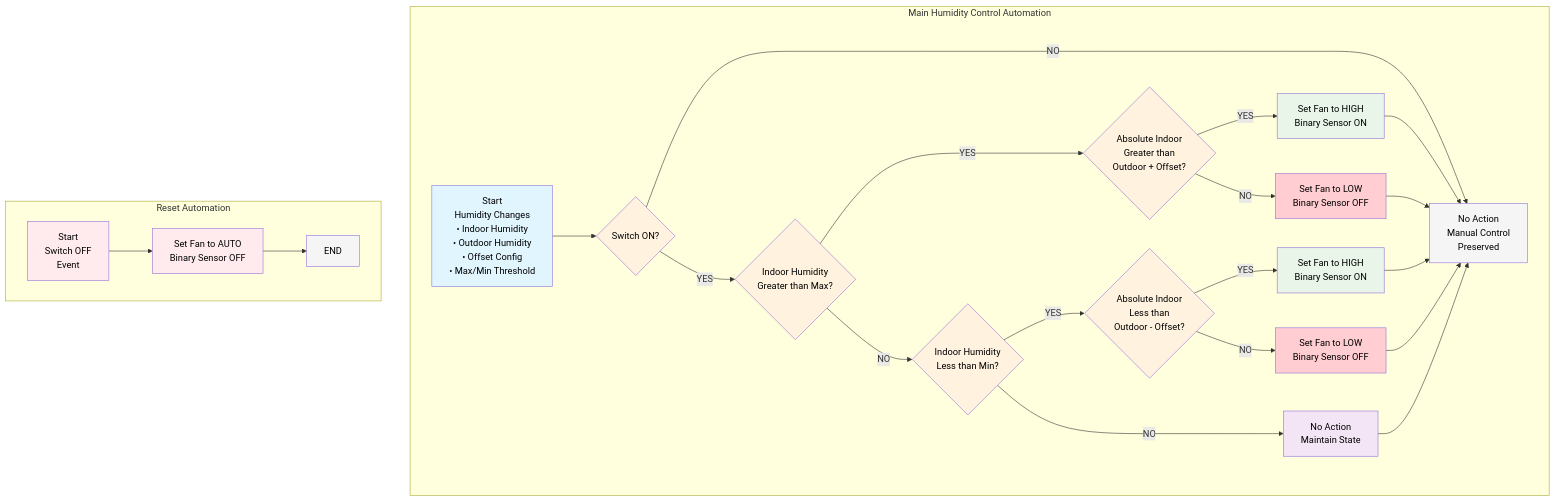
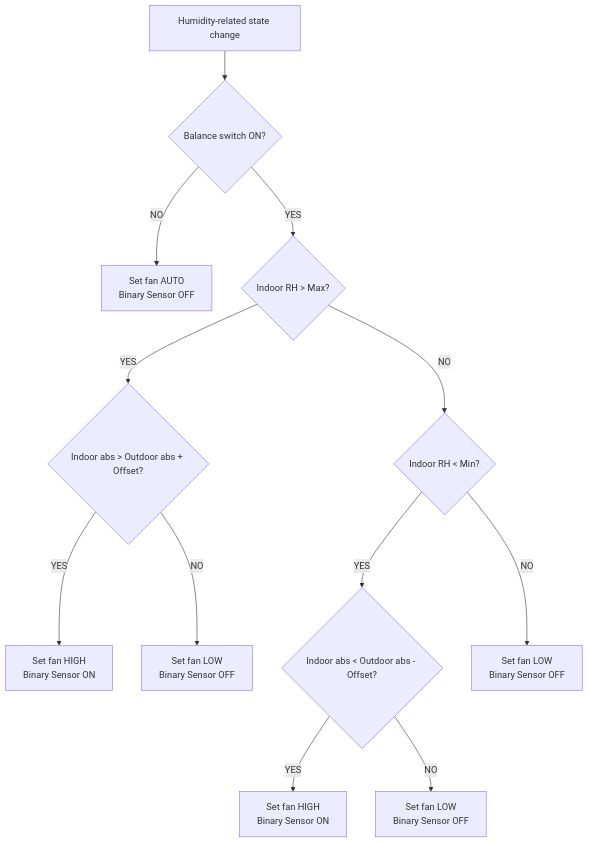
Before and after one commit to wimpie70/ramses_extras: the diagram in custom_components/ramses_extras/features/humidity_control/docs/Humidity Control Decision Flow Diagram - original.md, drawn with Mermaid. The commit also changed other lines of this file and 12 other files, not shown here.

Commit message:
fix duplicate command being sent simplify automation logic simplify listeners dehumidify -> balance change icon to droplet change text and icon in status

````diff
--- a/custom_components/ramses_extras/features/humidity_control/docs/Humidity Control Decision Flow Diagram - original.md
+++ b/custom_components/ramses_extras/features/humidity_control/docs/Humidity Control Decision Flow Diagram - original.md
@@ -7,48 +23,14 @@
 ```mermaid
 flowchart TD
-    subgraph Main Humidity Control Automation
-        START1[Start<br/>Humidity Changes<br/>• Indoor Humidity<br/>• Outdoor Humidity<br/>• Offset Config<br/>• Max/Min Threshold] --> COND1{Switch ON?}
-
-        COND1 -->|NO| END1[No Action<br/>Manual Control<br/>Preserved]
-        COND1 -->|YES| D1{Indoor Humidity<br/>Greater than Max?}
-
-        D1 -->|YES| I1{Absolute Indoor<br/>Greater than<br/>Outdoor + Offset?}
-        D1 -->|NO| F1{Indoor Humidity<br/>Less than Min?}
-
-        I1 -->|YES| E1[Set Fan to HIGH<br/>Binary Sensor ON]
-        I1 -->|NO| J1[Set Fan to LOW<br/>Binary Sensor OFF]
-
-        F1 -->|YES| K1{Absolute Indoor<br/>Less than<br/>Outdoor - Offset?}
-        F1 -->|NO| H1[No Action<br/>Maintain State]
-
-        K1 -->|YES| G1[Set Fan to HIGH<br/>Binary Sensor ON]
-        K1 -->|NO| L1[Set Fan to LOW<br/>Binary Sensor OFF]
-
-        E1 --> END1
-        J1 --> END1
-        G1 --> END1
-        L1 --> END1
-        H1 --> END1
-    end
-
-    subgraph Reset Automation
-        START2[Start<br/>Switch OFF<br/>Event] --> ACTION2[Set Fan to AUTO<br/>Binary Sensor OFF]
-        ACTION2 --> END2[END]
-    end
-
-    style START1 fill:#e1f5fe,color:#000000
-    style COND1 fill:#fff3e0,color:#000000
-    style D1 fill:#fff3e0,color:#000000
-    style I1 fill:#fff3e0,color:#000000
-    style F1 fill:#fff3e0,color:#000000
-    style K1 fill:#fff3e0,color:#000000
-    style E1 fill:#e8f5e8,color:#000000
-    style J1 fill:#ffcdd2,color:#000000
-    style G1 fill:#e8f5e8,color:#000000
-    style L1 fill:#ffcdd2,color:#000000
-    style H1 fill:#f3e5f5,color:#000000
-    style END1 fill:#f5f5f5,color:#000000
-    style START2 fill:#ffebee,color:#000000
-    style ACTION2 fill:#ffebee,color:#000000
-    style END2 fill:#f5f5f5,color:#000000
+    START[Humidity-related state change] --> GATE{Balance switch ON?}
+    GATE -->|NO| OFF[Set fan AUTO<br/>Binary Sensor OFF]
+    GATE -->|YES| RHMAX{Indoor RH > Max?}
+    RHMAX -->|YES| DRYER{Indoor abs > Outdoor abs + Offset?}
+    RHMAX -->|NO| RHMIN{Indoor RH < Min?}
+    DRYER -->|YES| HIGH1[Set fan HIGH<br/>Binary Sensor ON]
+    DRYER -->|NO| LOW1[Set fan LOW<br/>Binary Sensor OFF]
+    RHMIN -->|YES| WETTER{Indoor abs < Outdoor abs - Offset?}
+    RHMIN -->|NO| LOW2[Set fan LOW<br/>Binary Sensor OFF]
+    WETTER -->|YES| HIGH2[Set fan HIGH<br/>Binary Sensor ON]
+    WETTER -->|NO| LOW3[Set fan LOW<br/>Binary Sensor OFF]
 ```
````
